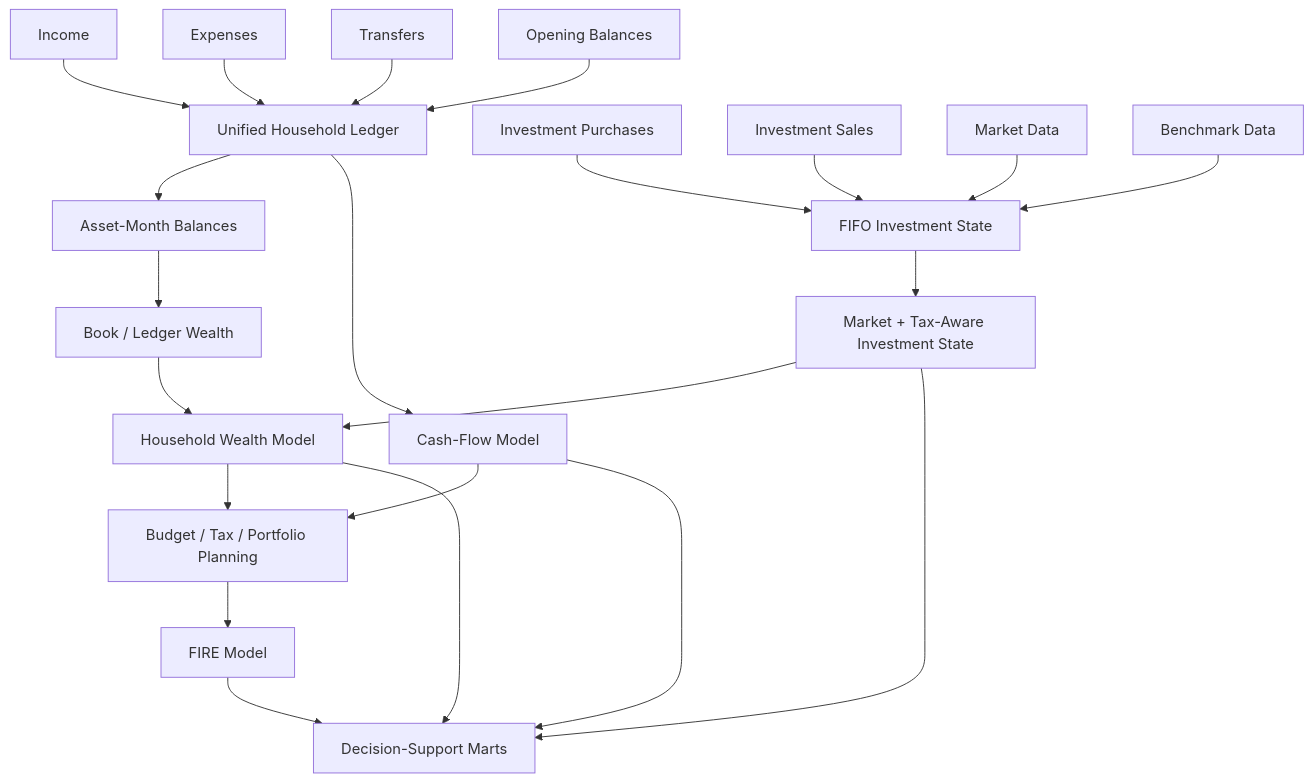
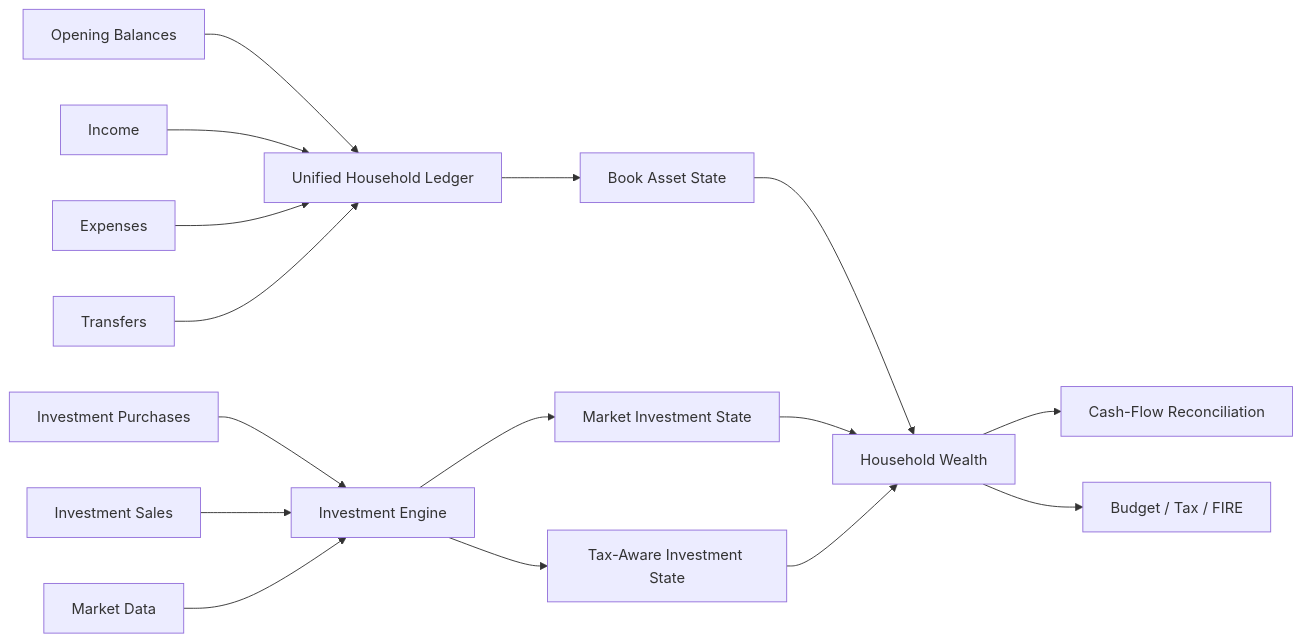
One commit to tks18/personal-finance-etl changed the first of 3 diagrams in docs/finance/financial-model.md. Above: the diagram before and after it, drawn with Mermaid. The commit also changed other lines of this file and 5 other files, not shown here.

````diff
--- a/docs/finance/financial-model.md
+++ b/docs/finance/financial-model.md
@@ -31,29 +34,22 @@
 ```mermaid
-flowchart TB
-    INC["Income"] --> LED["Unified Household Ledger"]
-    EXP["Expenses"] --> LED
-    TR["Transfers"] --> LED
-    OB["Opening Balances"] --> LED
+flowchart LR
+    OPEN["Opening Balances"] --> LEDGER["Unified Household Ledger"]
+    INC["Income"] --> LEDGER
+    EXP["Expenses"] --> LEDGER
+    TR["Transfers"] --> LEDGER
 
-    LED --> BAL["Asset-Month Balances"]
-    BAL --> BOOK["Book / Ledger Wealth"]
+    LEDGER --> BOOK["Book Asset State"]
 
-    BUY["Investment Purchases"] --> LOT["FIFO Investment State"]
-    SELL["Investment Sales"] --> LOT
-    MKT["Market Data"] --> LOT
-    BM["Benchmark Data"] --> LOT
+    BUY["Investment Purchases"] --> INV["Investment Engine"]
+    SELL["Investment Sales"] --> INV
+    MARKET["Market Data"] --> INV
+    INV --> MKT["Market Investment State"]
+    INV --> TAX["Tax-Aware Investment State"]
 
-    LOT --> INV["Market + Tax-Aware Investment State"]
-    BOOK --> NW["Household Wealth Model"]
-    INV --> NW
+    BOOK --> WEALTH["Household Wealth"]
+    MKT --> WEALTH
+    TAX --> WEALTH
 
-    LED --> CF["Cash-Flow Model"]
-    NW --> PLAN["Budget / Tax / Portfolio Planning"]
-    CF --> PLAN
-
-    PLAN --> FIRE["FIRE Model"]
-    FIRE --> GOLD["Decision-Support Marts"]
-    INV --> GOLD
-    CF --> GOLD
-    NW --> GOLD
+    WEALTH --> CF["Cash-Flow Reconciliation"]
+    WEALTH --> PLAN["Budget / Tax / FIRE"]
 ```
````
